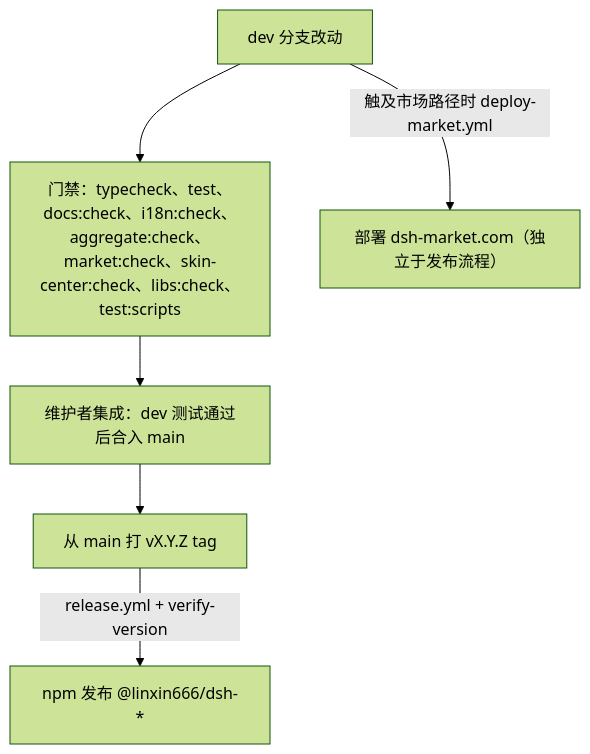
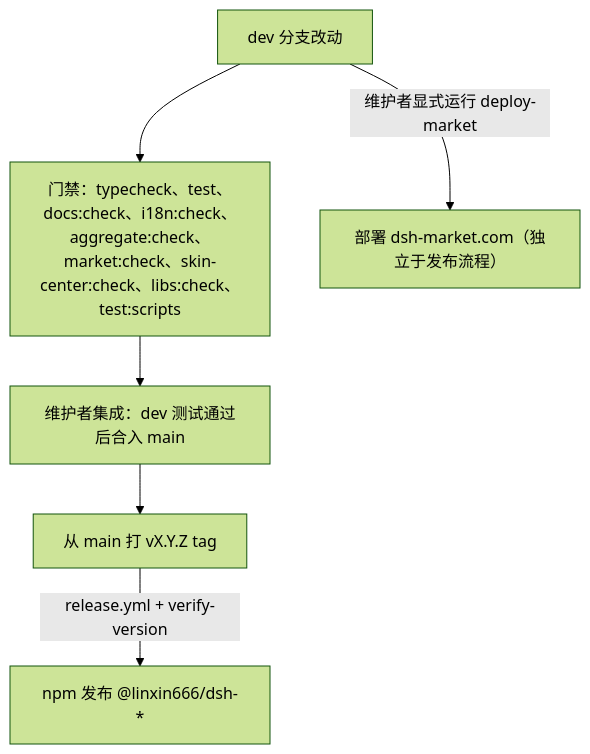
Before and after one commit to gestaltrun/dsh-web: the ninth of 9 diagrams in docs/architecture.md, drawn with Mermaid (forest theme). The commit also changed other lines of this file and 14 other files, not shown here.

````diff
--- a/docs/architecture.md
+++ b/docs/architecture.md
@@ -198,8 +198,8 @@
 ```mermaid
 flowchart TB
     DEV["dev 分支改动"] --> G["门禁：typecheck、test、docs:check、i18n:check、aggregate:check、market:check、skin-center:check、libs:check、test:scripts"]
     G --> M["维护者集成：dev 测试通过后合入 main"]
     M --> T["从 main 打 vX.Y.Z tag"]
     T -- "release.yml + verify-version" --> NPM["npm 发布 @linxin666/dsh-*"]
-    DEV -- "触及市场路径时 deploy-market.yml" --> DEP["部署 dsh-market.com（独立于发布流程）"]
+    DEV -- "维护者显式运行 deploy-market" --> DEP["部署 dsh-market.com（独立于发布流程）"]
 ```
````
